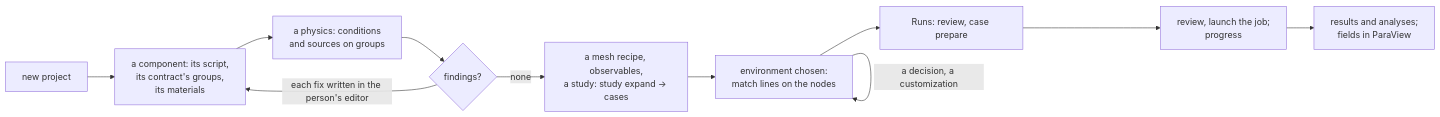
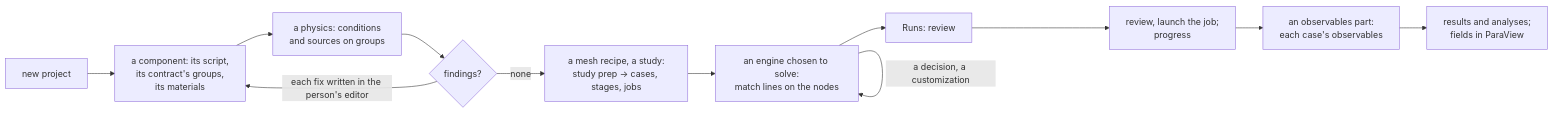
One commit to Qing-LAB/femkit changed the first of 4 diagrams in docs/contracts/web.md. Above: the diagram before and after it, drawn with Mermaid. The commit also changed other lines of this file and 512 other files, not shown here.

````diff
--- a/docs/contracts/web.md
+++ b/docs/contracts/web.md
@@ -184,13 +283,14 @@
 ```mermaid
 flowchart LR
     E["new project"] --> C["a component: its script,<br/>its contract's groups,<br/>its materials"]
     C --> P["a physics: conditions<br/>and sources on groups"]
     P --> F{"findings?"}
     F -->|"each fix written in the person's editor"| C
-    F -->|"none"| S["a mesh recipe, observables,<br/>a study: study expand → cases"]
-    S --> X["environment chosen:<br/>match lines on the nodes"]
+    F -->|"none"| S["a mesh recipe, a study:<br/>study prep → cases, stages, jobs"]
+    S --> X["an engine chosen to solve:<br/>match lines on the nodes"]
     X -->|"a decision, a customization"| X
-    X --> R["Runs: review, case prepare"]
+    X --> R["Runs: review"]
     R --> J["review, launch the job;<br/>progress"]
-    J --> A["results and analyses;<br/>fields in ParaView"]
+    J --> O["an observables part:<br/>each case's observables"]
+    O --> A["results and analyses;<br/>fields in ParaView"]
 ```
````
